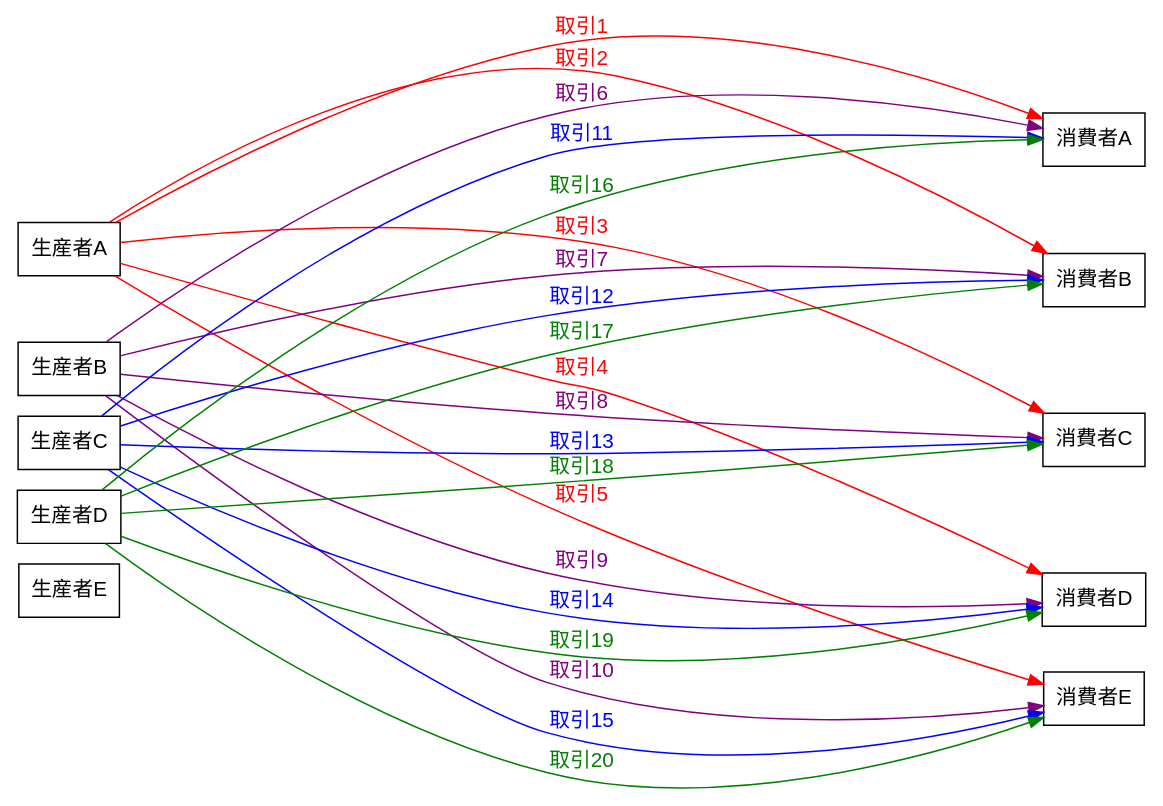
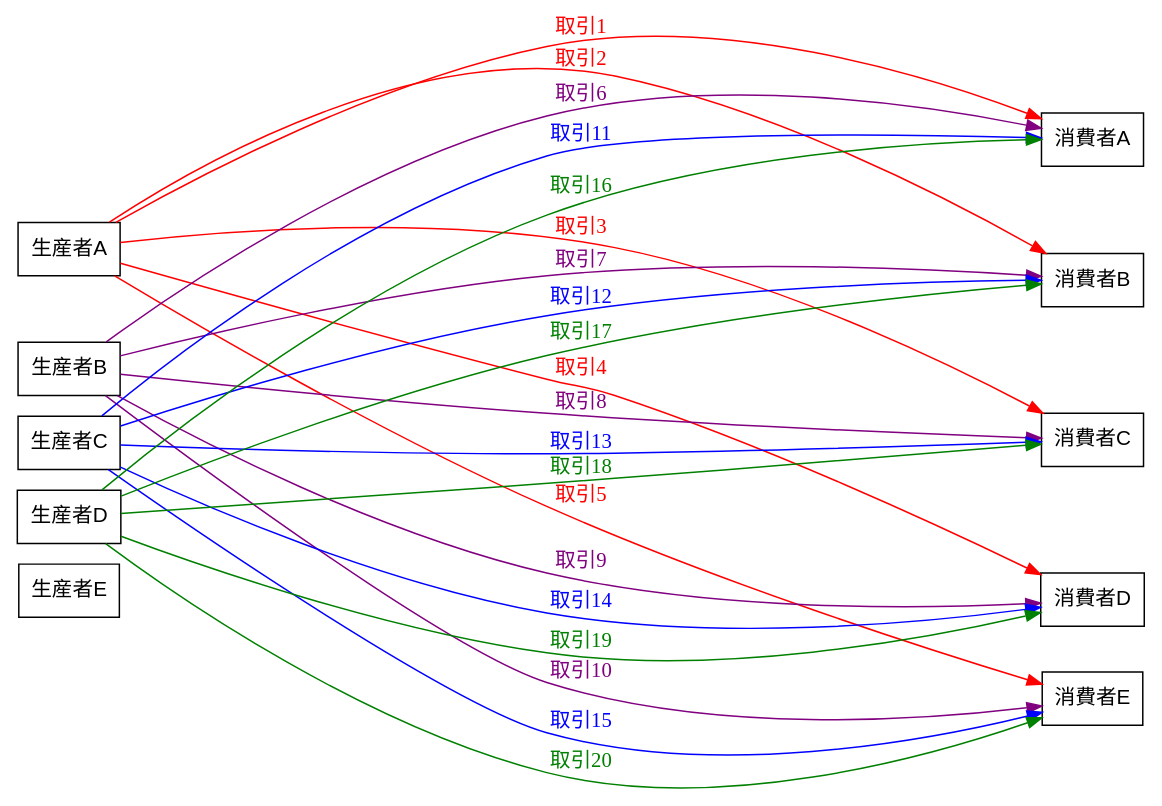
Before and after one commit to takeshinishimura/Agricultural_Markets: the diagram in Graphviz/transaction1-4.gv, drawn with Graphviz. The commit also changed 346 other files, not shown here.

```diff
--- a/Graphviz/transaction1-4.gv
+++ b/Graphviz/transaction1-4.gv
@@ -1,62 +1,70 @@
 digraph transaction2 {
   rankdir=LR;
   node [fontname=Helvetica, shape=box];
   ranksep=8.0;
   nodesep=0.1;
 
   subgraph kluster_0 {
-    label="生産者";
-    P1 [label="生産者A"];
-    P2 [label="生産者B"];
-    P3 [label="生産者C"];
-    P4 [label="生産者D"];
-    P5 [label="生産者E"];
-    P1 -> P2 [style=invis];
-    P2 -> P3 [style=invis];
-    P3 -> P4 [style=invis];
-    P4 -> P5 [style=invis];
+    label = "生産者";
+    P1 [label = "生産者A"];
+    P2 [label = "生産者B"];
+    P3 [label = "生産者C"];
+    P4 [label = "生産者D"];
+    P5 [label = "生産者E"];
+    P1 -> P2 [style = invis];
+    P2 -> P3 [style = invis];
+    P3 -> P4 [style = invis];
+    P4 -> P5 [style = invis];
     {rank = same; P1; P2; P3; P4; P5}
   }
 
   subgraph kluster_1 {
-    label="消費者";
-    C1 [label="消費者A"];
-    C2 [label="消費者B"];
-    C3 [label="消費者C"];
-    C4 [label="消費者D"];
-    C5 [label="消費者E"];
-    C1 -> C2 [style=invis];
-    C2 -> C3 [style=invis];
-    C3 -> C4 [style=invis];
-    C4 -> C5 [style=invis];
+    label = "消費者";
+    C1 [label = "消費者A"];
+    C2 [label = "消費者B"];
+    C3 [label = "消費者C"];
+    C4 [label = "消費者D"];
+    C5 [label = "消費者E"];
+    C1 -> C2 [style = invis];
+    C2 -> C3 [style = invis];
+    C3 -> C4 [style = invis];
+    C4 -> C5 [style = invis];
     {rank = same; C1; C2; C3; C4; C5}
   }
 
-  edge [fontname=Helvetica, fontcolor=red, color=red];
-  P1 -> C1 [label="取引1"];
-  P1 -> C2 [label="取引2"];
-  P1 -> C3 [label="取引3"];
-  P1 -> C4 [label="取引4"];
-  P1 -> C5 [label="取引5"];
+  edge [fontname = "IPAEXGothic",
+        fontcolor = red,
+        color = red];
+  P1 -> C1 [label = "取引1"];
+  P1 -> C2 [label = "取引2"];
+  P1 -> C3 [label = "取引3"];
+  P1 -> C4 [label = "取引4"];
+  P1 -> C5 [label = "取引5"];
   
-  edge [fontname=Helvetica, fontcolor=purple, color=purple];
-  P2 -> C1 [label="取引6"];
-  P2 -> C2 [label="取引7"];
-  P2 -> C3 [label="取引8"];
-  P2 -> C4 [label="取引9"];
-  P2 -> C5 [label="取引10"];
+  edge [fontname = "IPAEXGothic",
+        fontcolor = purple,
+        color = purple];
+  P2 -> C1 [label = "取引6"];
+  P2 -> C2 [label = "取引7"];
+  P2 -> C3 [label = "取引8"];
+  P2 -> C4 [label = "取引9"];
+  P2 -> C5 [label = "取引10"];
   
-  edge [fontname=Helvetica, fontcolor=blue, color=blue];
-  P3 -> C1 [label="取引11"];
-  P3 -> C2 [label="取引12"];
-  P3 -> C3 [label="取引13"];
-  P3 -> C4 [label="取引14"];
-  P3 -> C5 [label="取引15"];
+  edge [fontname = "IPAEXGothic",
+        fontcolor = blue,
+        color = blue];
+  P3 -> C1 [label = "取引11"];
+  P3 -> C2 [label = "取引12"];
+  P3 -> C3 [label = "取引13"];
+  P3 -> C4 [label = "取引14"];
+  P3 -> C5 [label = "取引15"];
   
-  edge [fontname=Helvetica, fontcolor=green, color=green];
-  P4 -> C1 [label="取引16"];
-  P4 -> C2 [label="取引17"];
-  P4 -> C3 [label="取引18"];
-  P4 -> C4 [label="取引19"];
-  P4 -> C5 [label="取引20"];
+  edge [fontname = "IPAEXGothic",
+        fontcolor = green,
+        color = green];
+  P4 -> C1 [label = "取引16"];
+  P4 -> C2 [label = "取引17"];
+  P4 -> C3 [label = "取引18"];
+  P4 -> C4 [label = "取引19"];
+  P4 -> C5 [label = "取引20"];
 }
```
